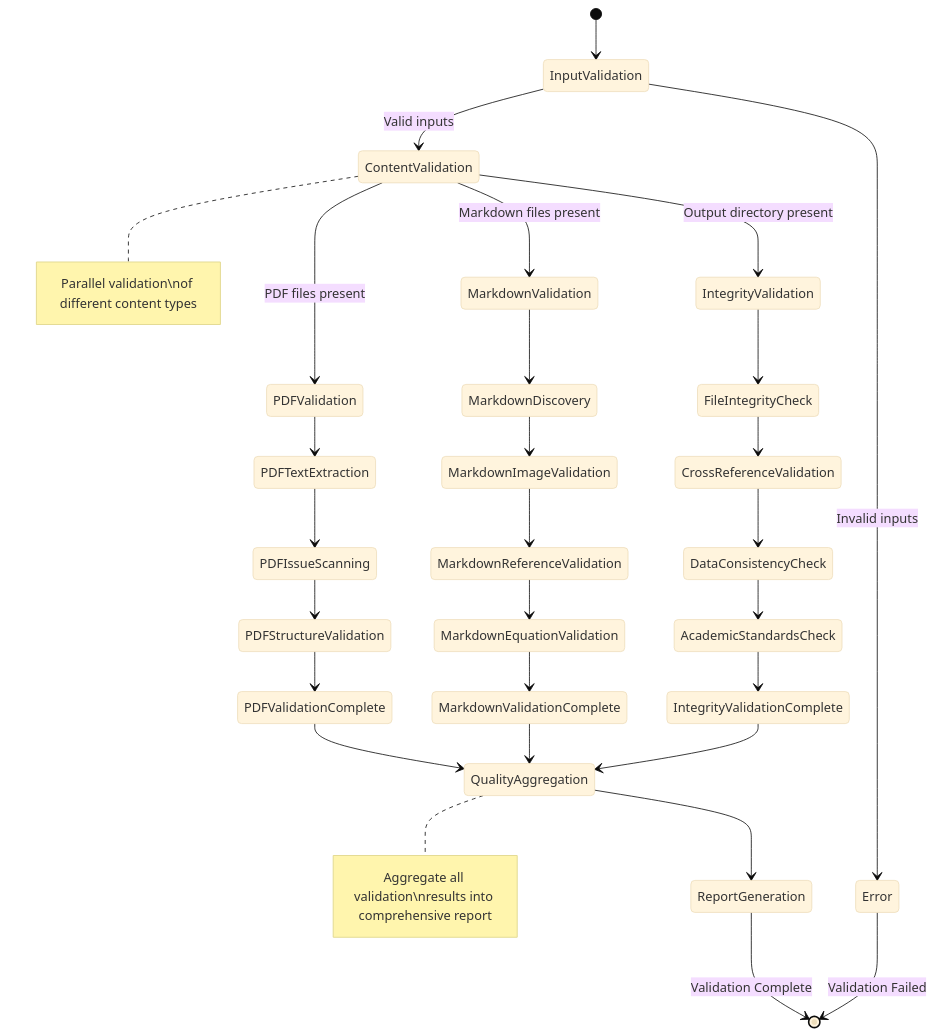
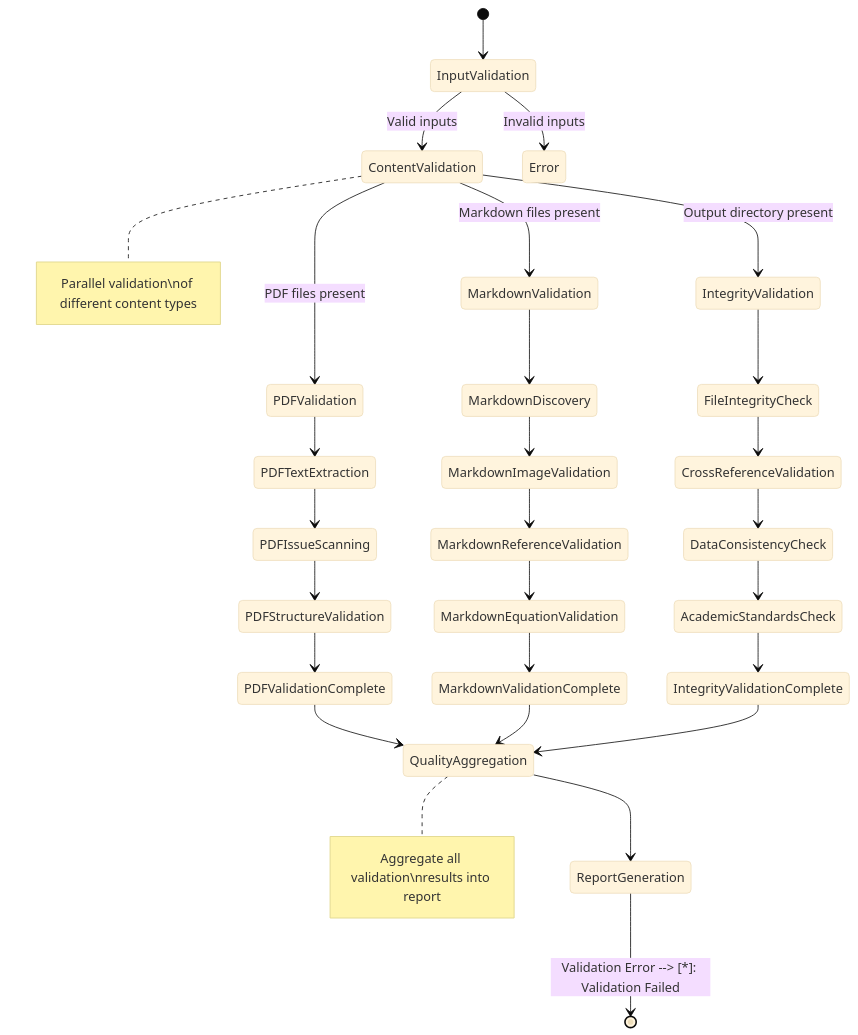
One commit to docxology/template changed the fourth of 4 diagrams in infrastructure/validation/README.md. Above: the diagram before and after it, drawn with Mermaid (base theme). The commit also changed other lines of this file and 1586 other files, not shown here.

````diff
--- a/infrastructure/validation/README.md
+++ b/infrastructure/validation/README.md
@@ -231,39 +231,37 @@
 ```mermaid
 stateDiagram-v2
     [*] --> InputValidation
     InputValidation --> ContentValidation: Valid inputs
     InputValidation --> Error: Invalid inputs
 
     ContentValidation --> PDFValidation: PDF files present
     ContentValidation --> MarkdownValidation: Markdown files present
     ContentValidation --> IntegrityValidation: Output directory present
 
     PDFValidation --> PDFTextExtraction
     PDFTextExtraction --> PDFIssueScanning
     PDFIssueScanning --> PDFStructureValidation
     PDFStructureValidation --> PDFValidationComplete
 
     MarkdownValidation --> MarkdownDiscovery
     MarkdownDiscovery --> MarkdownImageValidation
     MarkdownImageValidation --> MarkdownReferenceValidation
     MarkdownReferenceValidation --> MarkdownEquationValidation
     MarkdownEquationValidation --> MarkdownValidationComplete
 
     IntegrityValidation --> FileIntegrityCheck
     FileIntegrityCheck --> CrossReferenceValidation
     CrossReferenceValidation --> DataConsistencyCheck
     DataConsistencyCheck --> AcademicStandardsCheck
     AcademicStandardsCheck --> IntegrityValidationComplete
 
     PDFValidationComplete --> QualityAggregation
     MarkdownValidationComplete --> QualityAggregation
     IntegrityValidationComplete --> QualityAggregation
 
     QualityAggregation --> ReportGeneration
-    ReportGeneration --> [*]: Validation Complete
-
-    Error --> [*]: Validation Failed
+    ReportGeneration --> [*]: Validation Error --> [*]: Validation Failed
 
     note right of ContentValidation : Parallel validation\nof different content types
-    note right of QualityAggregation : Aggregate all validation\nresults into comprehensive report
+    note right of QualityAggregation : Aggregate all validation\nresults into report
 ```
````
